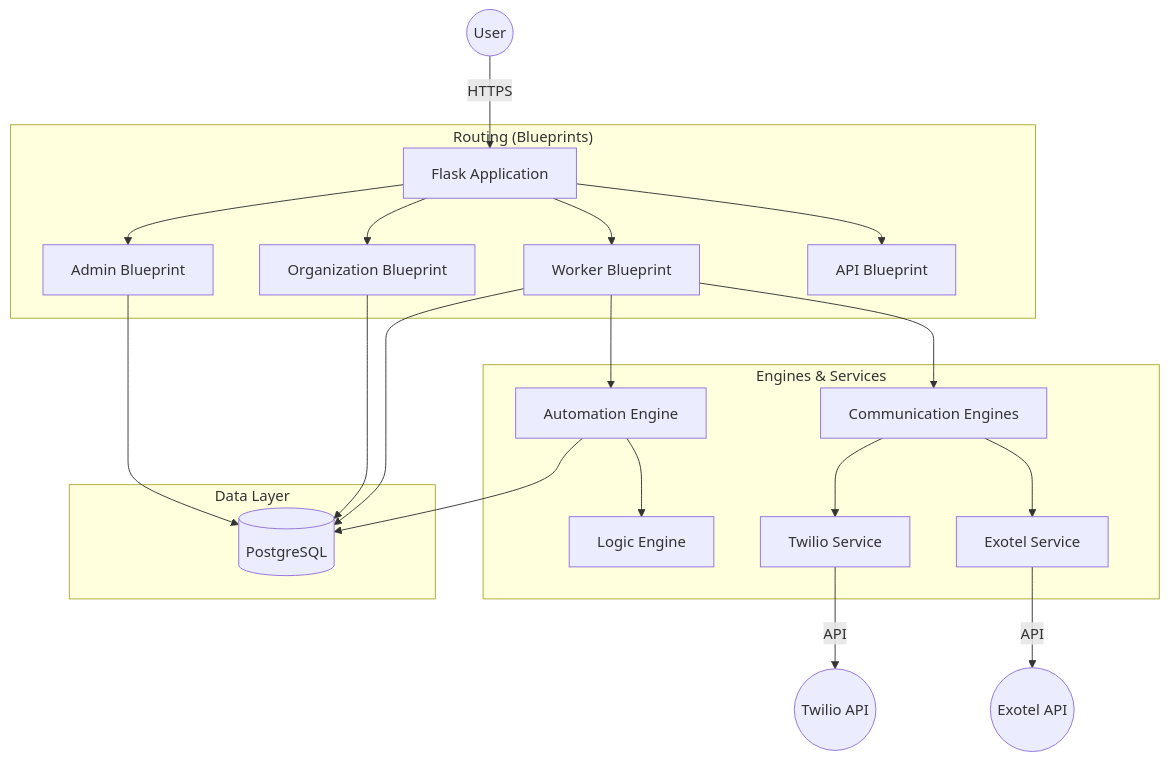
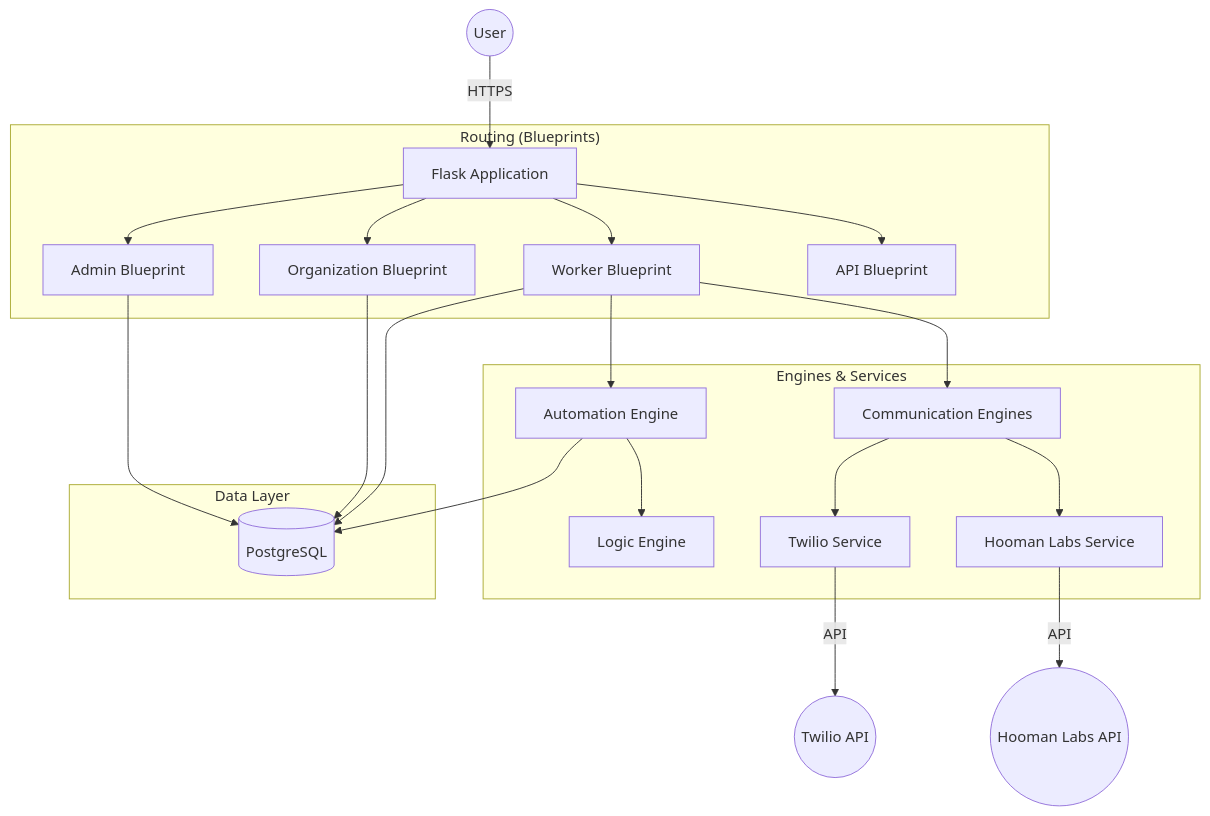
One commit to harshith1432/Connect-flow changed the first of 2 diagrams in Report.md. Above: the diagram before and after it, drawn with Mermaid. The commit also changed other lines of this file and 116 other files, not shown here.

````diff
--- a/Report.md
+++ b/Report.md
@@ -9,29 +9,29 @@
 ```mermaid
 graph TD
     User((User)) -->|HTTPS| Flask[Flask Application]
     
     subgraph "Routing (Blueprints)"
         Flask --> AdminBP[Admin Blueprint]
         Flask --> OrgBP[Organization Blueprint]
         Flask --> WorkerBP[Worker Blueprint]
         Flask --> APIBP[API Blueprint]
     end
     
     subgraph "Engines & Services"
         WorkerBP --> AE[Automation Engine]
         WorkerBP --> CE[Communication Engines]
         AE --> LE[Logic Engine]
         CE --> TS[Twilio Service]
-        CE --> ES[Exotel Service]
+        CE --> HLS[Hooman Labs Service]
     end
     
     subgraph "Data Layer"
         AdminBP --> DB[(PostgreSQL)]
         OrgBP --> DB
         WorkerBP --> DB
         AE --> DB
     end
     
     TS -->|API| Twilio((Twilio API))
-    ES -->|API| Exotel((Exotel API))
+    HLS -->|API| HoomanLabs((Hooman Labs API))
 ```
````
